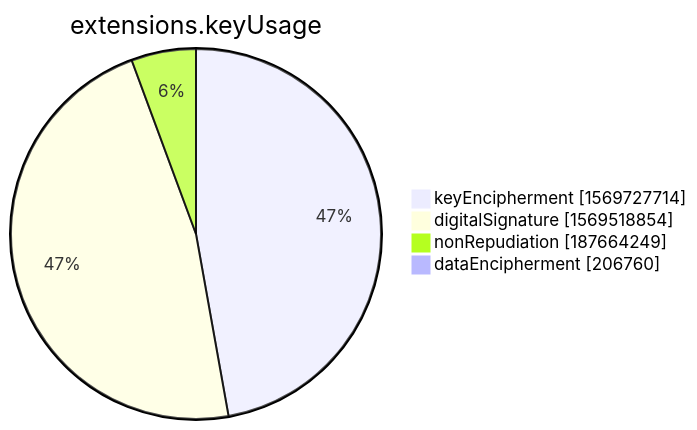
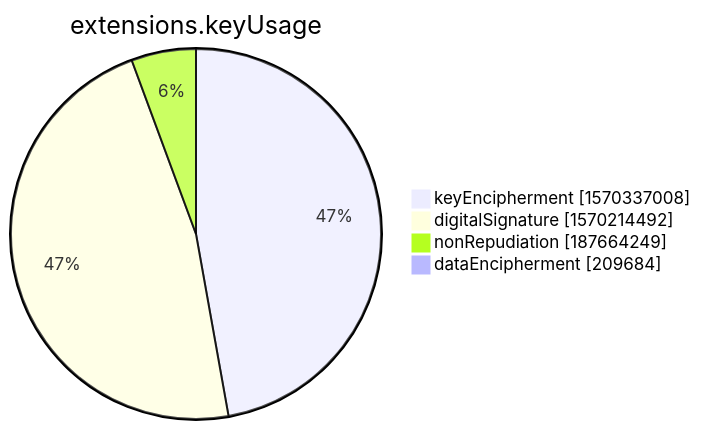
One commit to christiankrug/ctmonitor_visualization changed the seventh of 15 diagrams in xenon2022/README.md. Above: the diagram before and after it, drawn with Mermaid. The commit also changed other lines of this file, not shown here.

````diff
--- a/xenon2022/README.md
+++ b/xenon2022/README.md
@@ -2853,8 +2853,8 @@
 ```mermaid
 pie showData
 title extensions.keyUsage
-"keyEncipherment" :1569727714
-"digitalSignature" :1569518854
+"keyEncipherment" :1570337008
+"digitalSignature" :1570214492
 "nonRepudiation" :187664249
-"dataEncipherment" :206760
+"dataEncipherment" :209684
 ```
````
